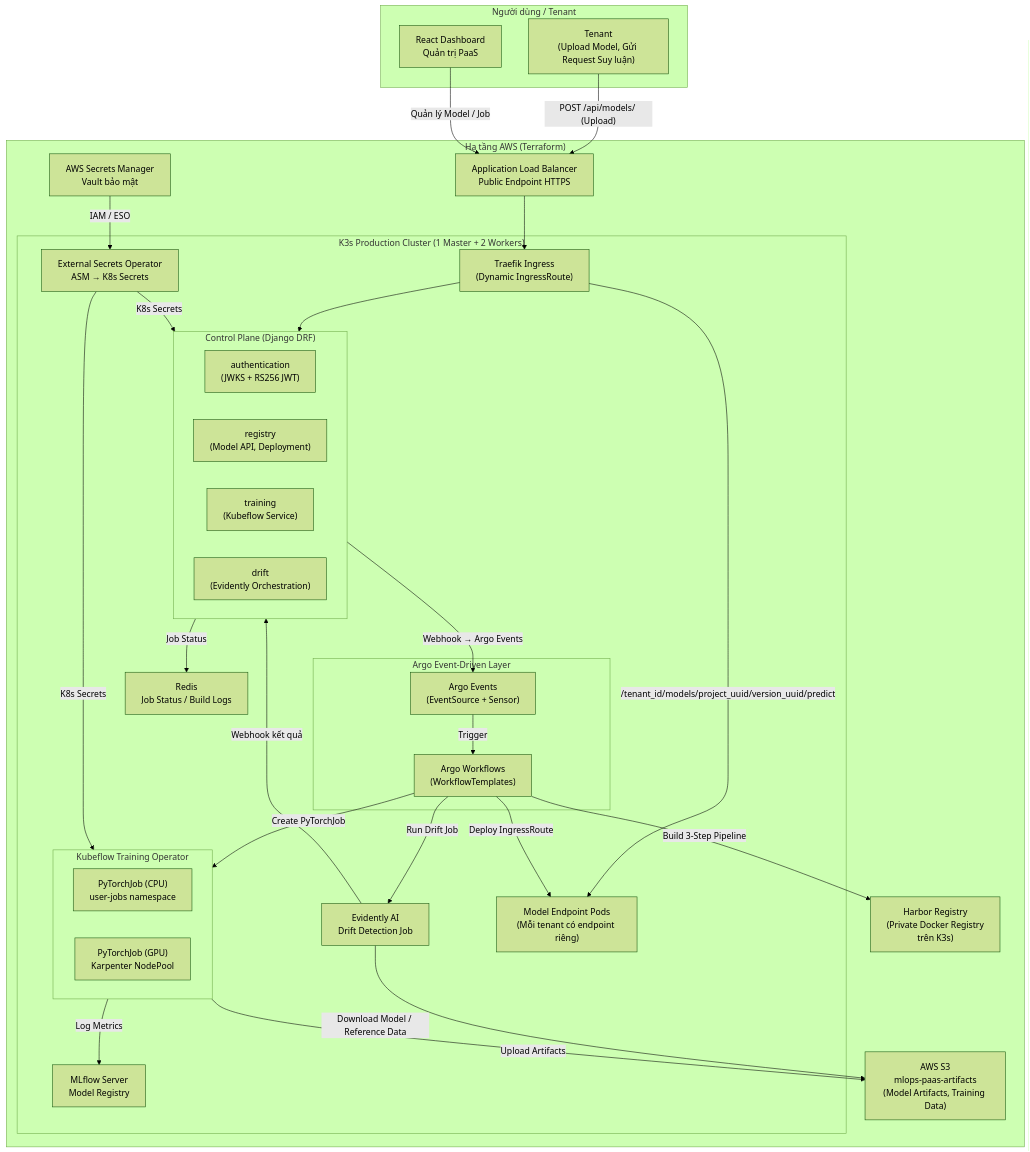
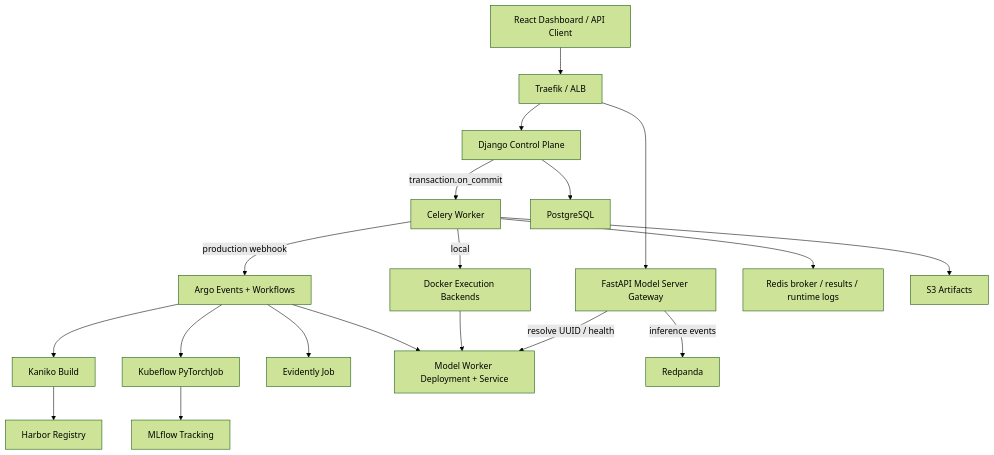
One commit to Viet-Hoang-2005/AdaptML changed the first of 6 diagrams in ARCHITECTURE.md. Above: the diagram before and after it, drawn with Mermaid (forest theme). The commit also changed other lines of this file and 8 other files, not shown here.

````diff
--- a/ARCHITECTURE.md
+++ b/ARCHITECTURE.md
@@ -14,64 +14,24 @@
 ```mermaid
 flowchart TB
-    subgraph CLIENT["Người dùng / Tenant"]
-        USER["Tenant\n(Upload Model, Gửi Request Suy luận)"]
-        BROWSER["React Dashboard\nQuản trị PaaS"]
-    end
+    CLIENT["React Dashboard / API Client"] --> TRAEFIK["Traefik / ALB"]
+    TRAEFIK --> CP["Django Control Plane"]
+    TRAEFIK --> GATEWAY["FastAPI Model Server Gateway"]
 
-    subgraph AWS_INFRA["Hạ tầng AWS (Terraform)"]
-        ALB["Application Load Balancer\nPublic Endpoint HTTPS"]
-        ASM["AWS Secrets Manager\nVault bảo mật"]
-        S3["AWS S3\nmlops-paas-artifacts\n(Model Artifacts, Training Data)"]
-        ECR["Harbor Registry\n(Private Docker Registry\ntrên K3s)"]
+    CP -->|"transaction.on_commit"| CELERY["Celery Worker"]
+    CELERY -->|"local"| DOCKER["Docker Execution Backends"]
+    CELERY -->|"production webhook"| ARGO["Argo Events + Workflows"]
 
-        subgraph K3S["K3s Production Cluster (1 Master + 2 Workers)"]
-            ESO["External Secrets Operator\nASM → K8s Secrets"]
-            TRAEFIK["Traefik Ingress\n(Dynamic IngressRoute)"]
-            REDIS["Redis\nJob Status / Build Logs"]
+    ARGO --> KANIKO["Kaniko Build"]
+    ARGO --> KUBEFLOW["Kubeflow PyTorchJob"]
+    ARGO --> EVIDENTLY["Evidently Job"]
+    ARGO --> WORKER["Model Worker Deployment + Service"]
+    DOCKER --> WORKER
 
-            subgraph CTRL["Control Plane (Django DRF)"]
-                AUTH["authentication\n(JWKS + RS256 JWT)"]
-                REGISTRY["registry\n(Model API, Deployment)"]
-                TRAINING["training\n(Kubeflow Service)"]
-                DRIFT["drift\n(Evidently Orchestration)"]
-            end
-
-            subgraph ARGO["Argo Event-Driven Layer"]
-                EVT["Argo Events\n(EventSource + Sensor)"]
-                WF["Argo Workflows\n(WorkflowTemplates)"]
-            end
-
-            subgraph KUBEFLOW["Kubeflow Training Operator"]
-                KFP_CPU["PyTorchJob (CPU)\nuser-jobs namespace"]
-                KFP_GPU["PyTorchJob (GPU)\nKarpenter NodePool"]
-            end
-
-            MLFLOW["MLflow Server\nModel Registry"]
-            EVIDENTLY["Evidently AI\nDrift Detection Job"]
-            MODEL_SVC["Model Endpoint Pods\n(Mỗi tenant có endpoint riêng)"]
-        end
-    end
-
-    USER -->|"POST /api/models/ (Upload)"| ALB
-    BROWSER -->|"Quản lý Model / Job"| ALB
-    ALB --> TRAEFIK
-    TRAEFIK --> CTRL
-    TRAEFIK -->|"/tenant_id/models/project_uuid/version_uuid/predict"| MODEL_SVC
-
-    CTRL -->|"Webhook → Argo Events"| EVT
-    EVT -->|"Trigger"| WF
-    WF -->|"Build 3-Step Pipeline"| ECR
-    WF -->|"Deploy IngressRoute"| MODEL_SVC
-    WF -->|"Create PyTorchJob"| KUBEFLOW
-    WF -->|"Run Drift Job"| EVIDENTLY
-
-    KUBEFLOW -->|"Log Metrics"| MLFLOW
-    KUBEFLOW -->|"Upload Artifacts"| S3
-    EVIDENTLY -->|"Download Model / Reference Data"| S3
-    EVIDENTLY -->|"Webhook kết quả"| CTRL
-
-    ASM -->|"IAM / ESO"| ESO
-    ESO -->|"K8s Secrets"| CTRL
-    ESO -->|"K8s Secrets"| KUBEFLOW
-    CTRL -->|"Job Status"| REDIS
+    GATEWAY -->|"resolve UUID / health"| WORKER
+    GATEWAY -->|"inference events"| REDPANDA["Redpanda"]
+    CP --> POSTGRES["PostgreSQL"]
+    CELERY --> REDIS["Redis broker / results / runtime logs"]
+    CELERY --> S3["S3 Artifacts"]
+    KUBEFLOW --> MLFLOW["MLflow Tracking"]
+    KANIKO --> HARBOR["Harbor Registry"]
 ```
````
